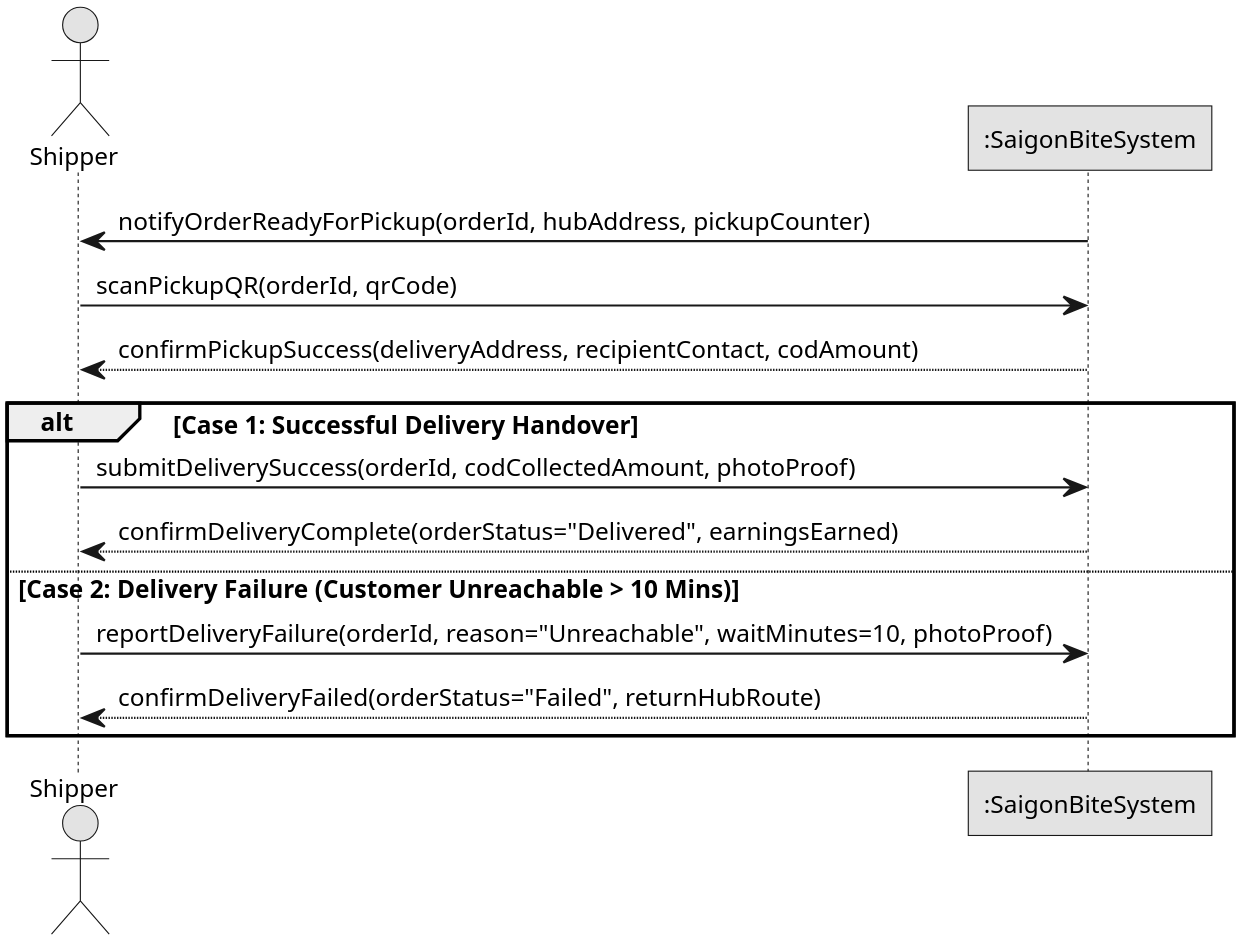
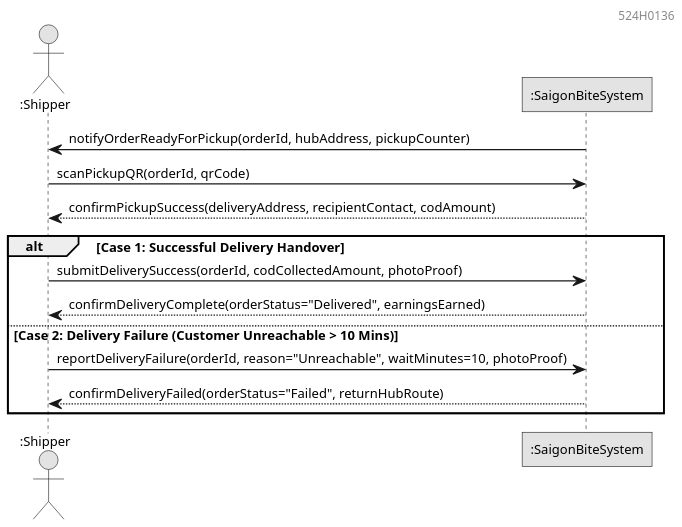
The diagram in Part_2/image_Tuu/UC10_System_Sequence_Diagram.puml (DoQuocTrung06/SaigonBite-RAD-TeamF10), drawn with PlantUML before and after one commit. The commit also changed 13 other files, not shown here.

Commit message:
style(diagrams): standardize UC10/UC16 UML diagrams with author header 524H0136 and clean compact layout (524H0136)

```diff
--- a/Part_2/image_Tuu/UC10_System_Sequence_Diagram.puml
+++ b/Part_2/image_Tuu/UC10_System_Sequence_Diagram.puml
@@ -1,25 +1,26 @@
 @startuml
 skinparam monochrome true
 skinparam shadowing false
 skinparam backgroundColor #FFFFFF
 skinparam defaultFontName Arial
 skinparam defaultFontSize 11
 skinparam roundCorner 0
-skinparam dpi 300
+skinparam dpi 160
+right header 524H0136
 
-actor "Shipper" as Shipper
+actor ":Shipper" as Shipper
 participant ":SaigonBiteSystem" as System
 
 System -> Shipper: notifyOrderReadyForPickup(orderId, hubAddress, pickupCounter)
 Shipper -> System: scanPickupQR(orderId, qrCode)
 System --> Shipper: confirmPickupSuccess(deliveryAddress, recipientContact, codAmount)
 
 alt Case 1: Successful Delivery Handover
   Shipper -> System: submitDeliverySuccess(orderId, codCollectedAmount, photoProof)
   System --> Shipper: confirmDeliveryComplete(orderStatus="Delivered", earningsEarned)
 else Case 2: Delivery Failure (Customer Unreachable > 10 Mins)
   Shipper -> System: reportDeliveryFailure(orderId, reason="Unreachable", waitMinutes=10, photoProof)
   System --> Shipper: confirmDeliveryFailed(orderStatus="Failed", returnHubRoute)
 end
 
 @enduml
```
